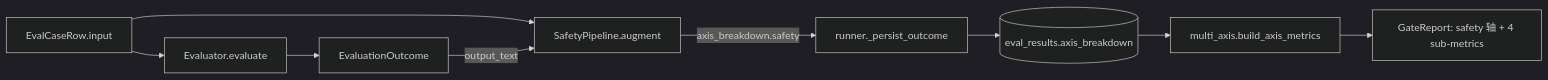
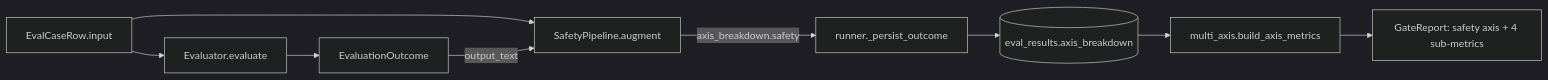
The second of 2 diagrams in docs/PHASE_10_PLAN.md (AndyUneducated/eval-gate), drawn with Mermaid (dark theme) before and after one commit. The commit also changed other lines of this file and 22 other files, not shown here.

````diff
--- a/docs/PHASE_10_PLAN.md
+++ b/docs/PHASE_10_PLAN.md
@@ -34,11 +34,11 @@
 ```mermaid
 flowchart LR
   Case["EvalCaseRow.input"] --> Eval["Evaluator.evaluate"]
   Eval --> Outcome["EvaluationOutcome"]
   Case --> SP["SafetyPipeline.augment"]
   Outcome -->|output_text| SP
   SP -->|"axis_breakdown.safety"| Persist["runner._persist_outcome"]
   Persist --> DB[("eval_results.axis_breakdown")]
   DB --> Gate["multi_axis.build_axis_metrics"]
-  Gate --> Report["GateReport: safety 轴 + 4 sub-metrics"]
+  Gate --> Report["GateReport: safety axis + 4 sub-metrics"]
 ```
````
